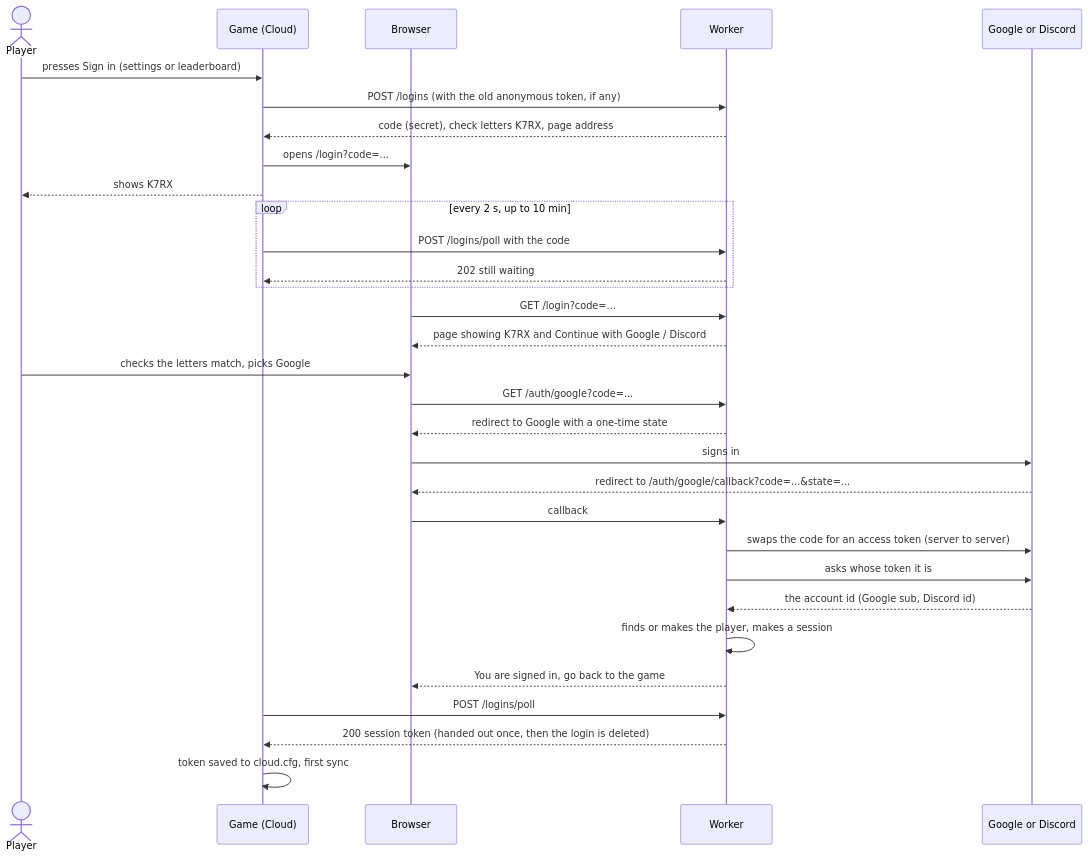
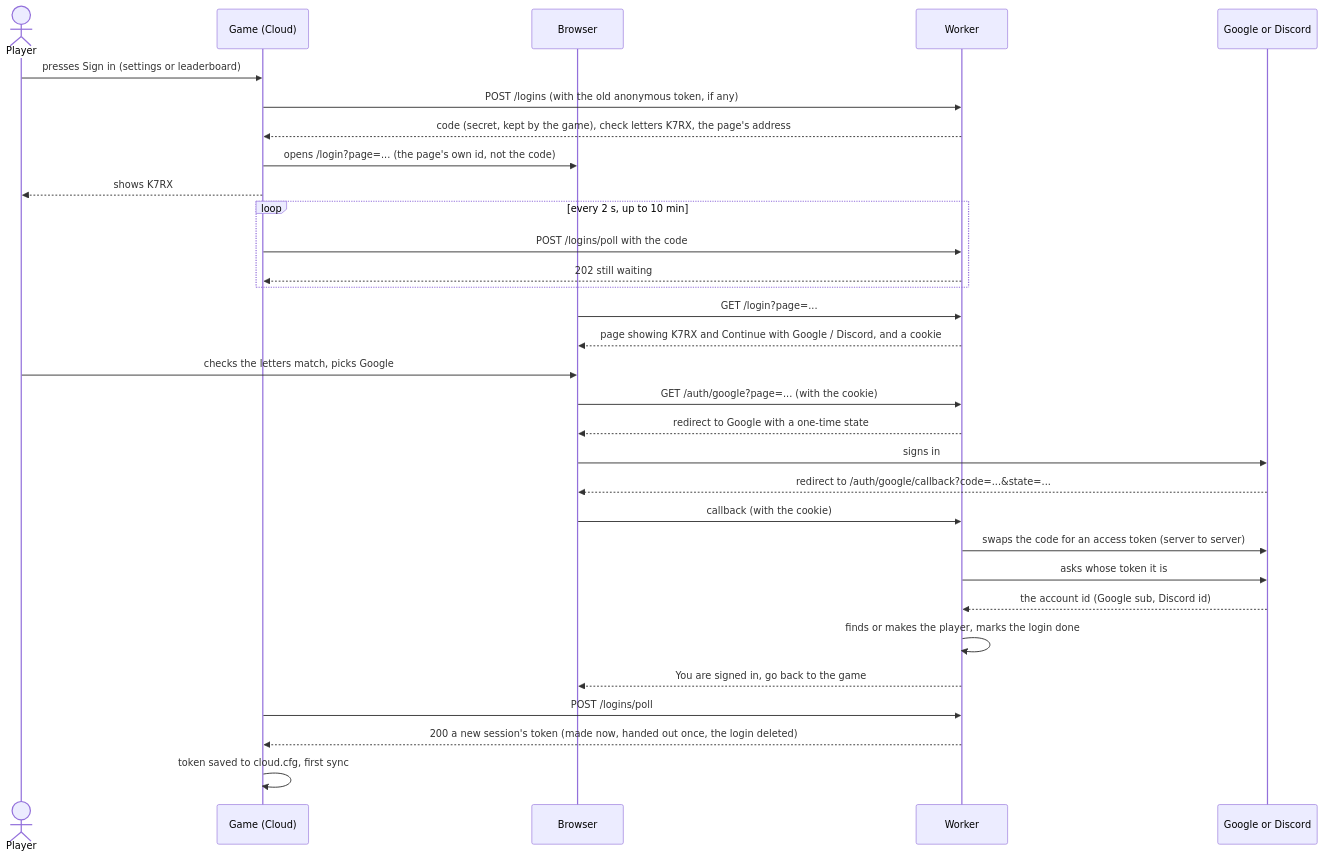
The second of 7 diagrams in backend/leaderboard/README.md (dikmedvescekmurovec/kobold-clicker), drawn with Mermaid before and after one commit. The commit also changed other lines of this file and 7 other files, not shown here.

````diff
--- a/backend/leaderboard/README.md
+++ b/backend/leaderboard/README.md
@@ -101,34 +101,34 @@
 ```mermaid
 sequenceDiagram
     actor P as Player
     participant G as Game (Cloud)
     participant B as Browser
     participant W as Worker
     participant Pr as Google or Discord
 
     P->>G: presses Sign in (settings or leaderboard)
     G->>W: POST /logins (with the old anonymous token, if any)
-    W-->>G: code (secret), check letters K7RX, page address
-    G->>B: opens /login?code=...
+    W-->>G: code (secret, kept by the game), check letters K7RX, the page's address
+    G->>B: opens /login?page=... (the page's own id, not the code)
     G-->>P: shows K7RX
     loop every 2 s, up to 10 min
         G->>W: POST /logins/poll with the code
         W-->>G: 202 still waiting
     end
-    B->>W: GET /login?code=...
-    W-->>B: page showing K7RX and Continue with Google / Discord
+    B->>W: GET /login?page=...
+    W-->>B: page showing K7RX and Continue with Google / Discord, and a cookie
     P->>B: checks the letters match, picks Google
-    B->>W: GET /auth/google?code=...
+    B->>W: GET /auth/google?page=... (with the cookie)
     W-->>B: redirect to Google with a one-time state
     B->>Pr: signs in
     Pr-->>B: redirect to /auth/google/callback?code=...&state=...
-    B->>W: callback
+    B->>W: callback (with the cookie)
     W->>Pr: swaps the code for an access token (server to server)
     W->>Pr: asks whose token it is
     Pr-->>W: the account id (Google sub, Discord id)
-    W->>W: finds or makes the player, makes a session
+    W->>W: finds or makes the player, marks the login done
     W-->>B: You are signed in, go back to the game
     G->>W: POST /logins/poll
-    W-->>G: 200 session token (handed out once, then the login is deleted)
+    W-->>G: 200 a new session's token (made now, handed out once, the login deleted)
     G->>G: token saved to cloud.cfg, first sync
 ```
````
